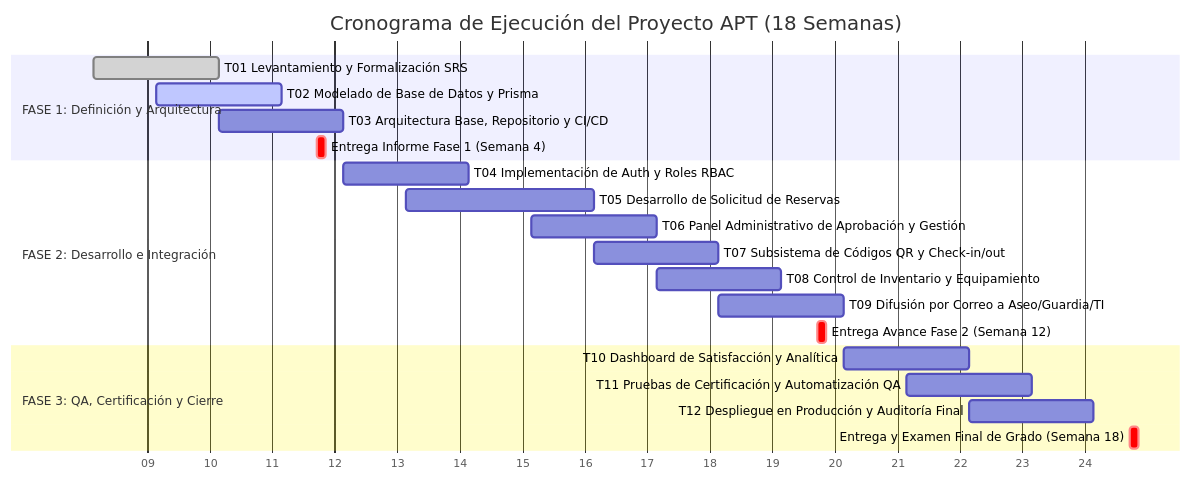
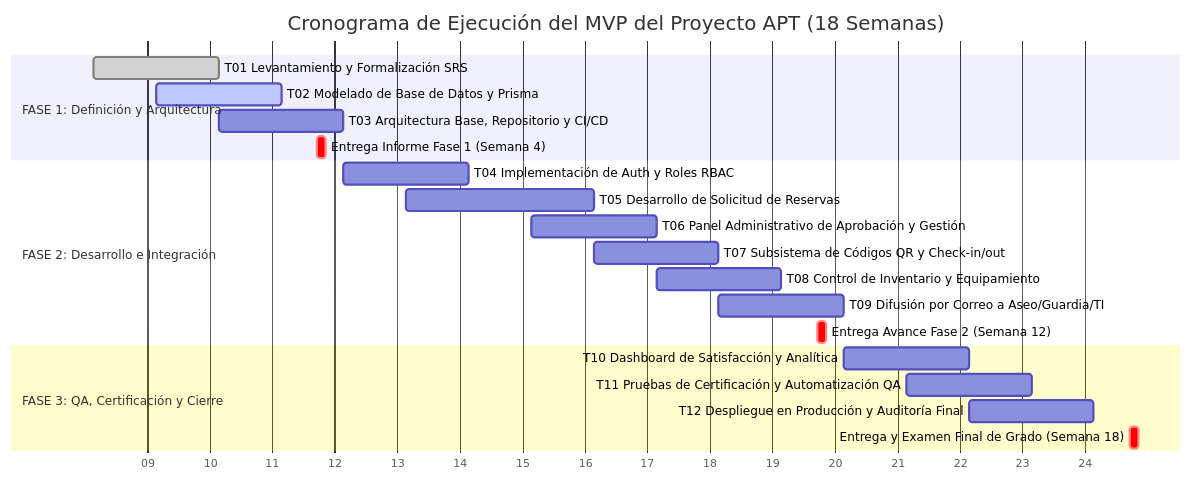
Before and after one commit to IMANDOI/sistema-gestion-auditorios-capstone: the sixth of 10 diagrams in informe_fase_1_definicion_proyecto.md, drawn with Mermaid. The commit also changed other lines of this file, not shown here.

Commit message:
docs(fase1): formalizar alcance de Producto Minimo Viable (MVP) y Roadmap (informe_fase_1_definicion_proyecto.md)

````diff
--- a/informe_fase_1_definicion_proyecto.md
+++ b/informe_fase_1_definicion_proyecto.md
@@ -298,27 +300,27 @@
 ```mermaid
 gantt
-    title Cronograma de Ejecución del Proyecto APT (18 Semanas)
+    title Cronograma de Ejecución del MVP del Proyecto APT (18 Semanas)
     dateFormat  YYYY-MM-DD
     axisFormat %W
     
     section FASE 1: Definición y Arquitectura
     T01 Levantamiento y Formalización SRS             :done,    des1, 2026-03-02, 2026-03-16
     T02 Modelado de Base de Datos y Prisma           :active,  des2, 2026-03-09, 2026-03-23
     T03 Arquitectura Base, Repositorio y CI/CD       :         des3, 2026-03-16, 2026-03-30
     Entrega Informe Fase 1 (Semana 4)                :crit,    h1,   2026-03-27, 1d
 
     section FASE 2: Desarrollo e Integración
     T04 Implementación de Auth y Roles RBAC          :         des4, 2026-03-30, 2026-04-13
     T05 Desarrollo de Solicitud de Reservas          :         des5, 2026-04-06, 2026-04-27
     T06 Panel Administrativo de Aprobación y Gestión :         des6, 2026-04-20, 2026-05-04
     T07 Subsistema de Códigos QR y Check-in/out      :         des7, 2026-04-27, 2026-05-11
     T08 Control de Inventario y Equipamiento         :         des8, 2026-05-04, 2026-05-18
     T09 Difusión por Correo a Aseo/Guardia/TI        :         des9, 2026-05-11, 2026-05-25
     Entrega Avance Fase 2 (Semana 12)                :crit,    h2,   2026-05-22, 1d
 
     section FASE 3: QA, Certificación y Cierre
     T10 Dashboard de Satisfacción y Analítica        :         des10, 2026-05-25, 2026-06-08
     T11 Pruebas de Certificación y Automatización QA :         des11, 2026-06-01, 2026-06-15
     T12 Despliegue en Producción y Auditoría Final   :         des12, 2026-06-08, 2026-06-22
     Entrega y Examen Final de Grado (Semana 18)      :crit,    h3,   2026-06-26, 1d
 ```
````
